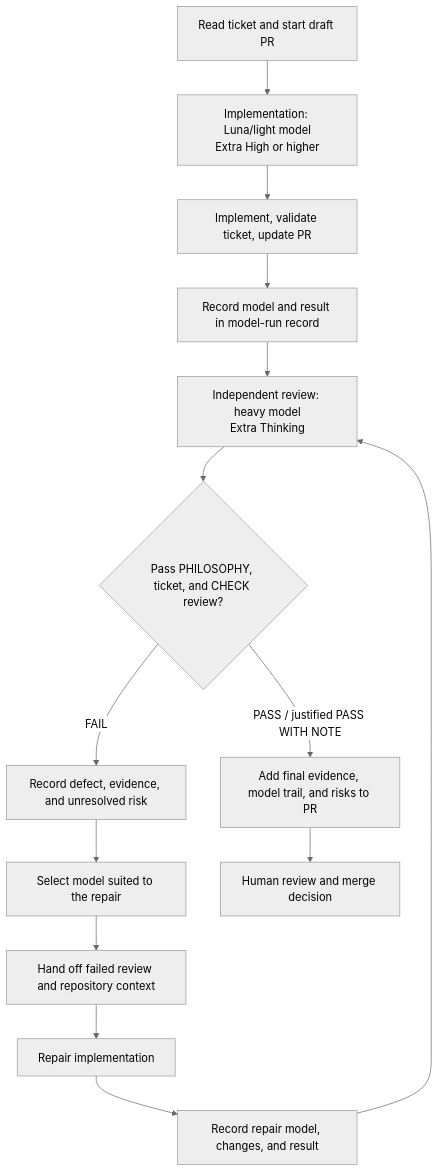
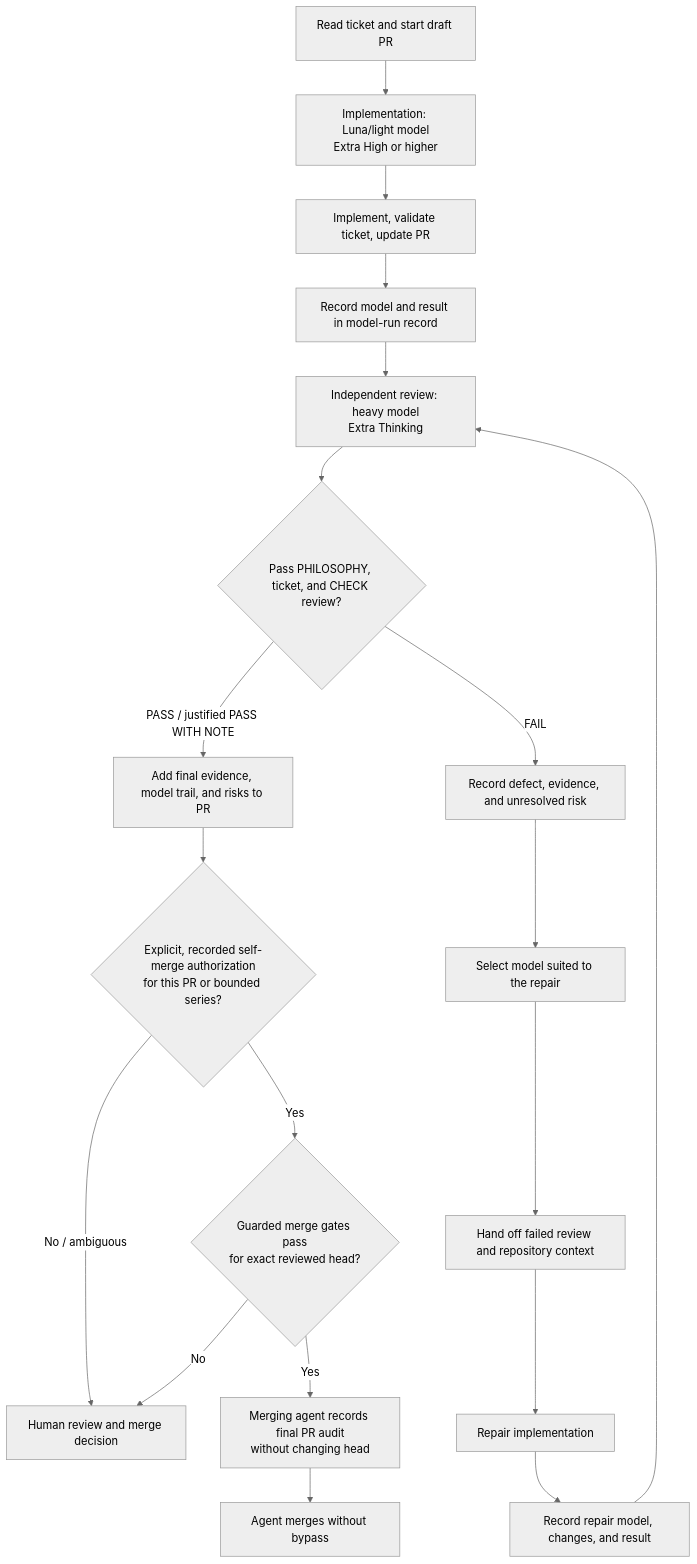
The diagram in docs/agent-model-workflow.md (Ayumu-J-S/llm_scratch), drawn with Mermaid (neutral theme) before and after one commit. The commit also changed other lines of this file and 6 other files, not shown here.

Commit message:
docs: allow guarded agent self-merge

````diff
--- a/docs/agent-model-workflow.md
+++ b/docs/agent-model-workflow.md
@@ -68,16 +68,21 @@
 ```mermaid
 flowchart TD
     A["Read ticket and start draft PR"] --> B["Implementation: Luna/light model<br/>Extra High or higher"]
     B --> C["Implement, validate ticket, update PR"]
     C --> D["Record model and result in model-run record"]
     D --> E["Independent review: heavy model<br/>Extra Thinking"]
     E --> F{"Pass PHILOSOPHY, ticket, and CHECK review?"}
     F -->|"PASS / justified PASS WITH NOTE"| G["Add final evidence, model trail, and risks to PR"]
     F -->|"FAIL"| H["Record defect, evidence, and unresolved risk"]
     H --> I["Select model suited to the repair"]
     I --> J["Hand off failed review and repository context"]
     J --> K["Repair implementation"]
     K --> L["Record repair model, changes, and result"]
     L --> E
-    G --> M["Human review and merge decision"]
+    G --> M{"Explicit, recorded self-merge authorization<br/>for this PR or bounded series?"}
+    M -->|"No / ambiguous"| N["Human review and merge decision"]
+    M -->|"Yes"| O{"Guarded merge gates pass<br/>for exact reviewed head?"}
+    O -->|"No"| N
+    O -->|"Yes"| P["Merging agent records final PR audit<br/>without changing head"]
+    P --> Q["Agent merges without bypass"]
 ```
````
